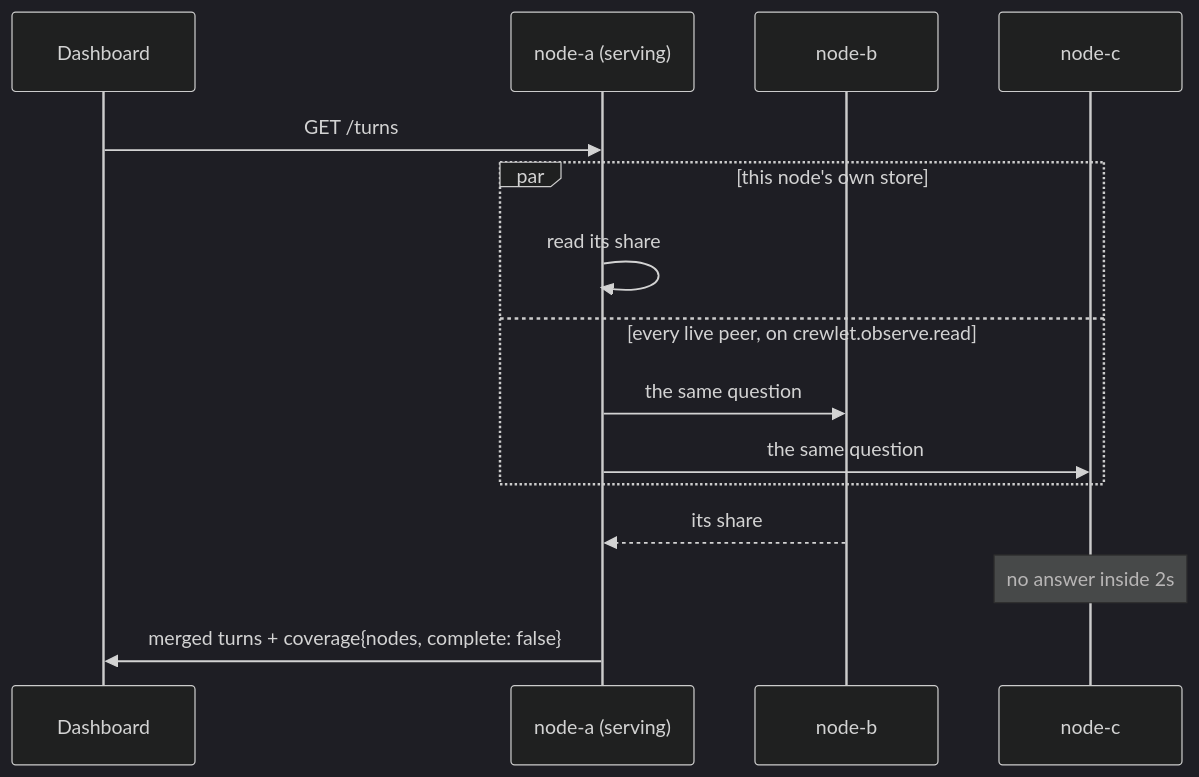
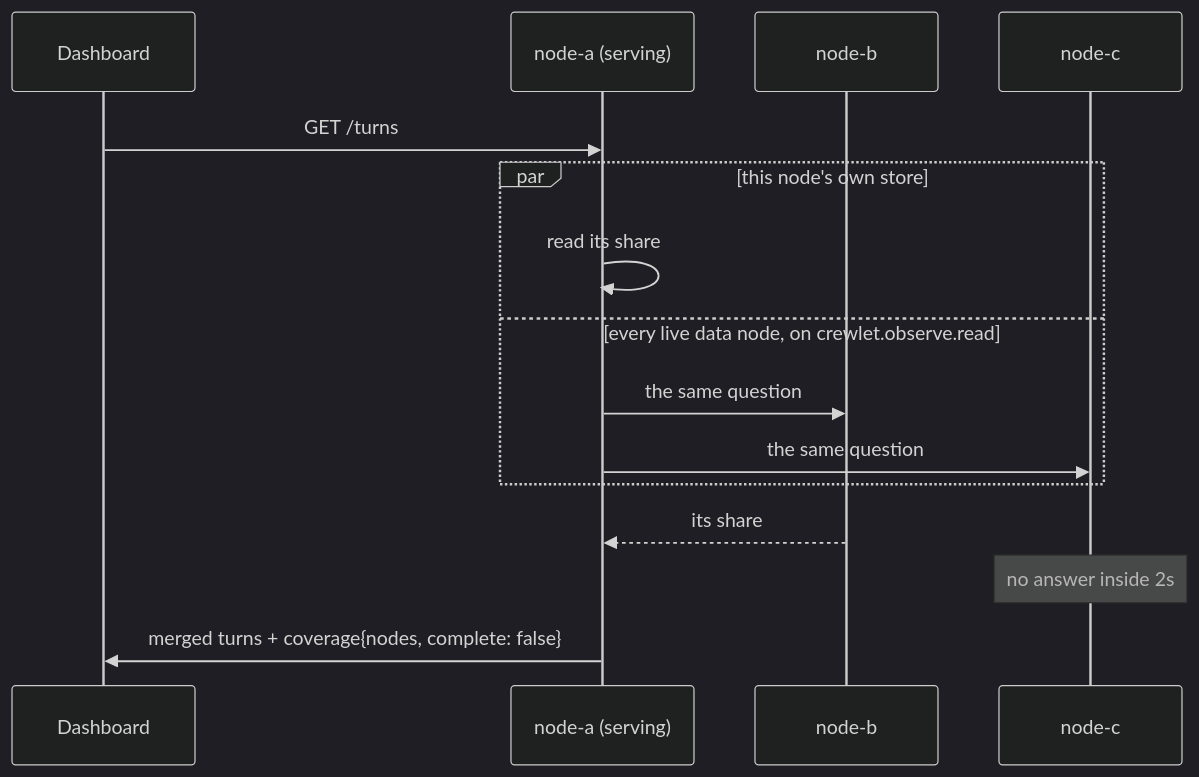
Before and after one commit to crewlet/crewlet: the second of 4 diagrams in docs/concepts/event-system.md, drawn with Mermaid (dark theme). The commit also changed other lines of this file and 106 other files, not shown here.

````diff
--- a/docs/concepts/event-system.md
+++ b/docs/concepts/event-system.md
@@ -546,17 +552,17 @@
 ```mermaid
 sequenceDiagram
     participant D as Dashboard
     participant A as node-a (serving)
     participant B as node-b
     participant C as node-c
     D->>A: GET /turns
     par this node's own store
         A->>A: read its share
-    and every live peer, on crewlet.observe.read
+    and every live data node, on crewlet.observe.read
         A->>B: the same question
         A->>C: the same question
     end
     B-->>A: its share
     Note over C: no answer inside 2s
     A->>D: merged turns + coverage{nodes, complete: false}
 ```
````
